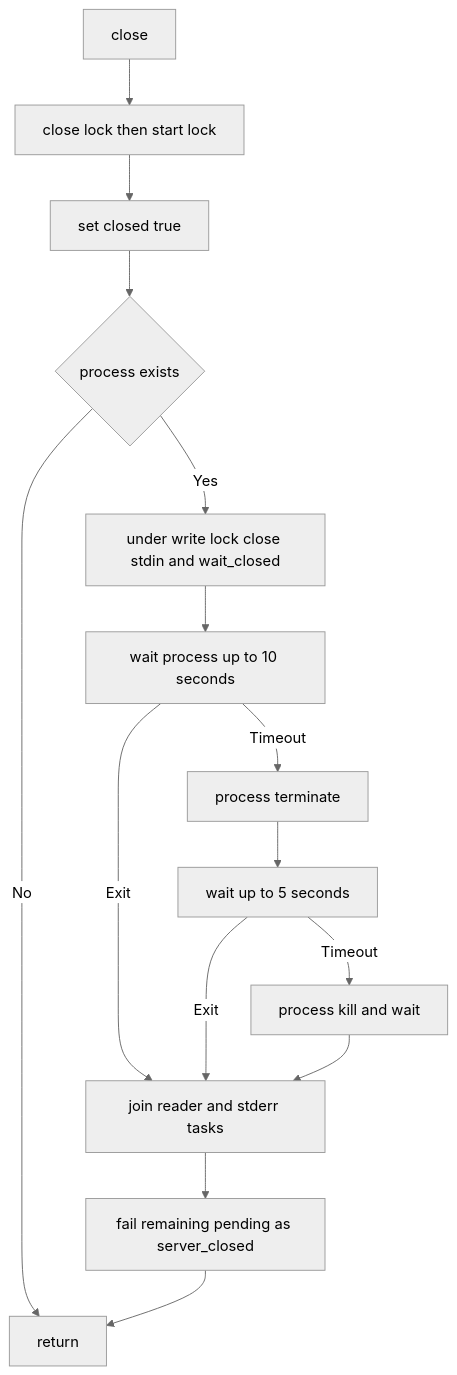
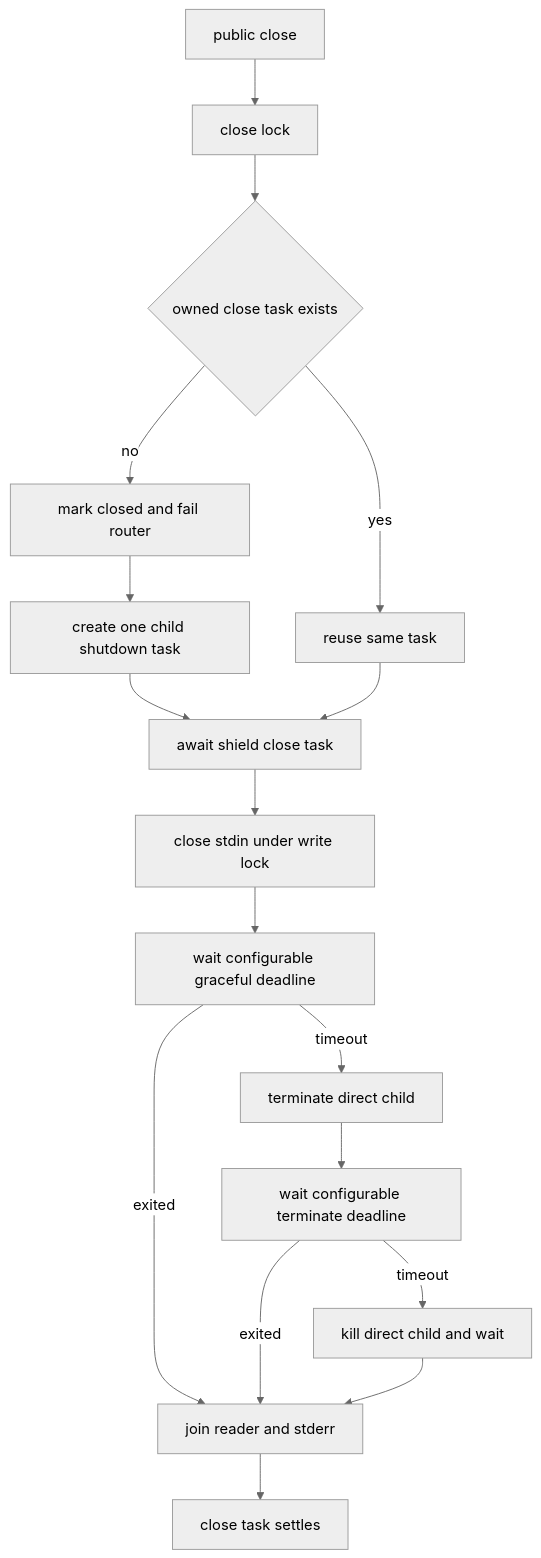
One commit to carrie1988/Harnessix changed the seventh of 15 diagrams in docs/modules/sdk.md. Above: the diagram before and after it, drawn with Mermaid (neutral theme). The commit also changed other lines of this file and 12 other files, not shown here.

````diff
--- a/docs/modules/sdk.md
+++ b/docs/modules/sdk.md
@@ -395,17 +426,19 @@
 ```mermaid
 flowchart TD
-    Close["close"] --> Lock["close lock then start lock"]
-    Lock --> Mark["set closed true"]
-    Mark --> Started{"process exists"}
-    Started -- No --> Done["return"]
-    Started -- Yes --> Write["under write lock close stdin and wait_closed"]
-    Write --> Wait10["wait process up to 10 seconds"]
-    Wait10 -- Exit --> Join["join reader and stderr tasks"]
-    Wait10 -- Timeout --> Term["process terminate"]
-    Term --> Wait5["wait up to 5 seconds"]
-    Wait5 -- Timeout --> Kill["process kill and wait"]
-    Wait5 -- Exit --> Join
+    Close["public close"] --> Lock["close lock"]
+    Lock --> Existing{"owned close task exists"}
+    Existing -- no --> Mark["mark closed and fail router"]
+    Mark --> Create["create one child shutdown task"]
+    Existing -- yes --> Reuse["reuse same task"]
+    Create --> Shield["await shield close task"]
+    Reuse --> Shield
+    Shield --> Stdin["close stdin under write lock"]
+    Stdin --> Grace["wait configurable graceful deadline"]
+    Grace -- timeout --> Term["terminate direct child"]
+    Term --> TermWait["wait configurable terminate deadline"]
+    TermWait -- timeout --> Kill["kill direct child and wait"]
+    Grace -- exited --> Join["join reader and stderr"]
+    TermWait -- exited --> Join
     Kill --> Join
-    Join --> Fail["fail remaining pending as server_closed"]
-    Fail --> Done
+    Join --> Done["close task settles"]
 ```
````
